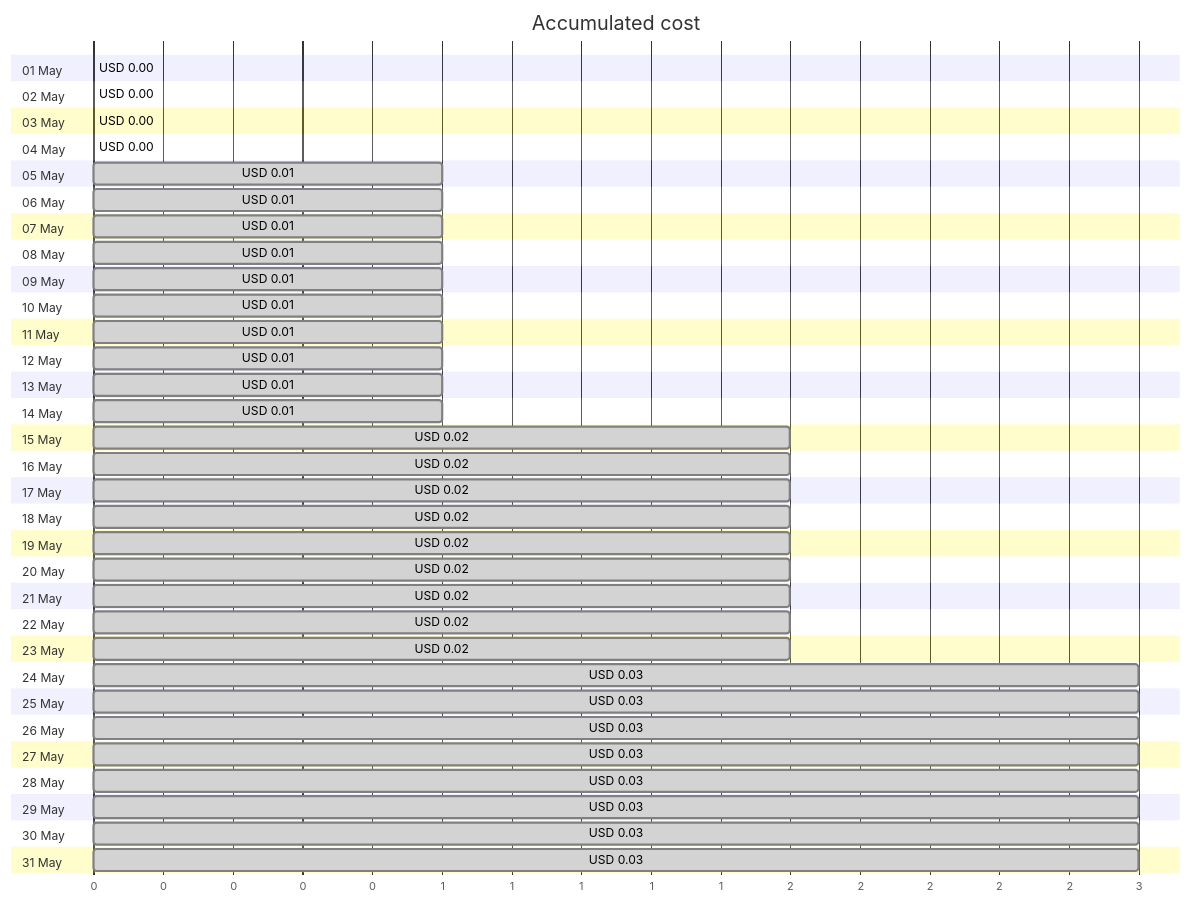
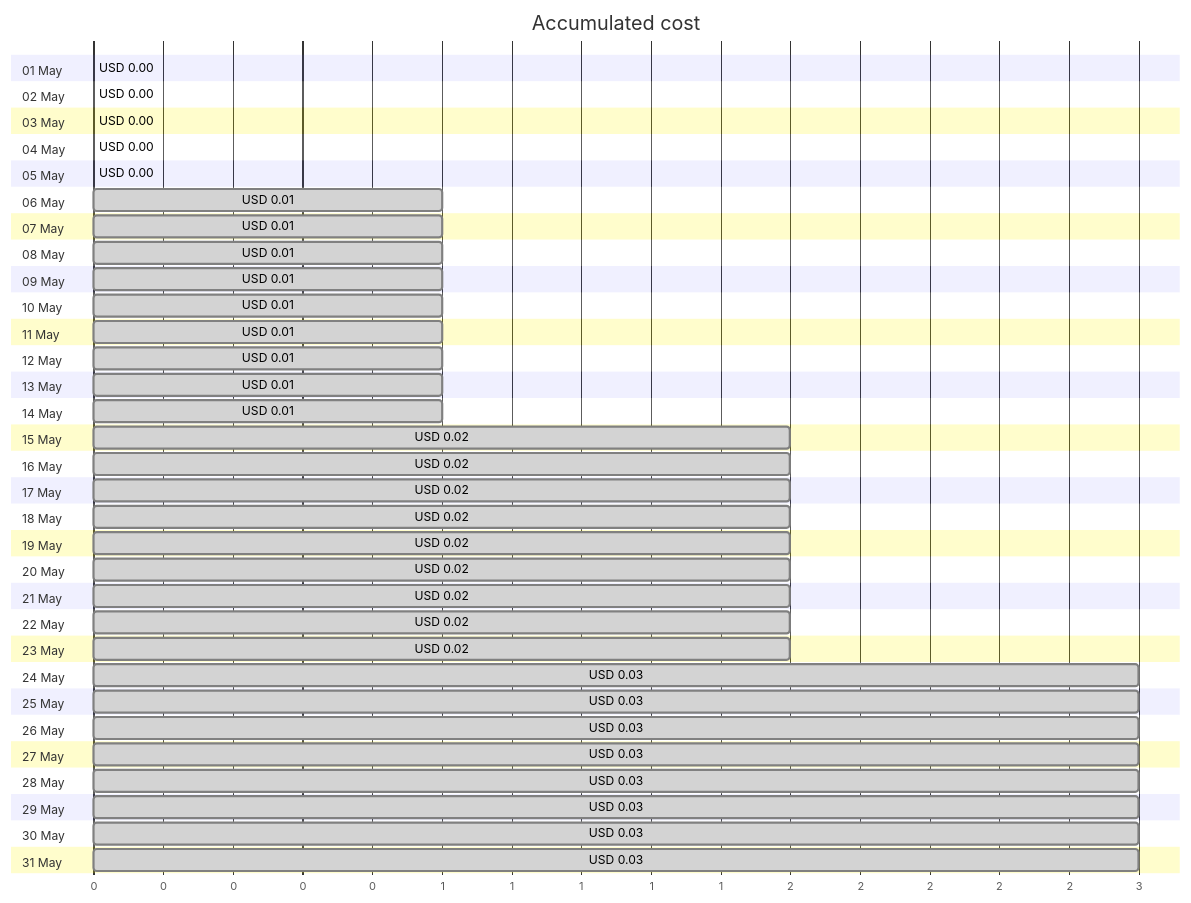
Before and after one commit to jpfulton/azure-personal-reports: the first of 4 diagrams in cost-reports/personal-site/personalsiteapipreview.md, drawn with Mermaid. The commit also changed other lines of this file and 6 other files, not shown here.

````diff
--- a/cost-reports/personal-site/personalsiteapipreview.md
+++ b/cost-reports/personal-site/personalsiteapipreview.md
@@ -20,68 +20,68 @@
 ```mermaid
 gantt
    title Accumulated cost
    dateFormat  X
    axisFormat %s
    section 01 May
    USD 0.00 :0, 0
    section 02 May
    USD 0.00 :0, 0
    section 03 May
-   USD 0.00 : done, 0, 0
+   USD 0.00 :0, 0
    section 04 May
    USD 0.00 : done, 0, 0
    section 05 May
-   USD 0.01 : done, 0, 1
+   USD 0.00 : done, 0, 0
    section 06 May
    USD 0.01 : done, 0, 1
    section 07 May
    USD 0.01 : done, 0, 1
    section 08 May
    USD 0.01 : done, 0, 1
    section 09 May
    USD 0.01 : done, 0, 1
    section 10 May
    USD 0.01 : done, 0, 1
    section 11 May
    USD 0.01 : done, 0, 1
    section 12 May
    USD 0.01 : done, 0, 1
    section 13 May
    USD 0.01 : done, 0, 1
    section 14 May
    USD 0.01 : done, 0, 1
    section 15 May
    USD 0.02 : done, 0, 2
    section 16 May
    USD 0.02 : done, 0, 2
    section 17 May
    USD 0.02 : done, 0, 2
    section 18 May
    USD 0.02 : done, 0, 2
    section 19 May
    USD 0.02 : done, 0, 2
    section 20 May
    USD 0.02 : done, 0, 2
    section 21 May
    USD 0.02 : done, 0, 2
    section 22 May
    USD 0.02 : done, 0, 2
    section 23 May
    USD 0.02 : done, 0, 2
    section 24 May
    USD 0.03 : done, 0, 3
    section 25 May
    USD 0.03 : done, 0, 3
    section 26 May
    USD 0.03 : done, 0, 3
    section 27 May
    USD 0.03 : done, 0, 3
    section 28 May
    USD 0.03 : done, 0, 3
    section 29 May
    USD 0.03 : done, 0, 3
    section 30 May
    USD 0.03 : done, 0, 3
    section 31 May
    USD 0.03 : done, 0, 3
 ```
````
